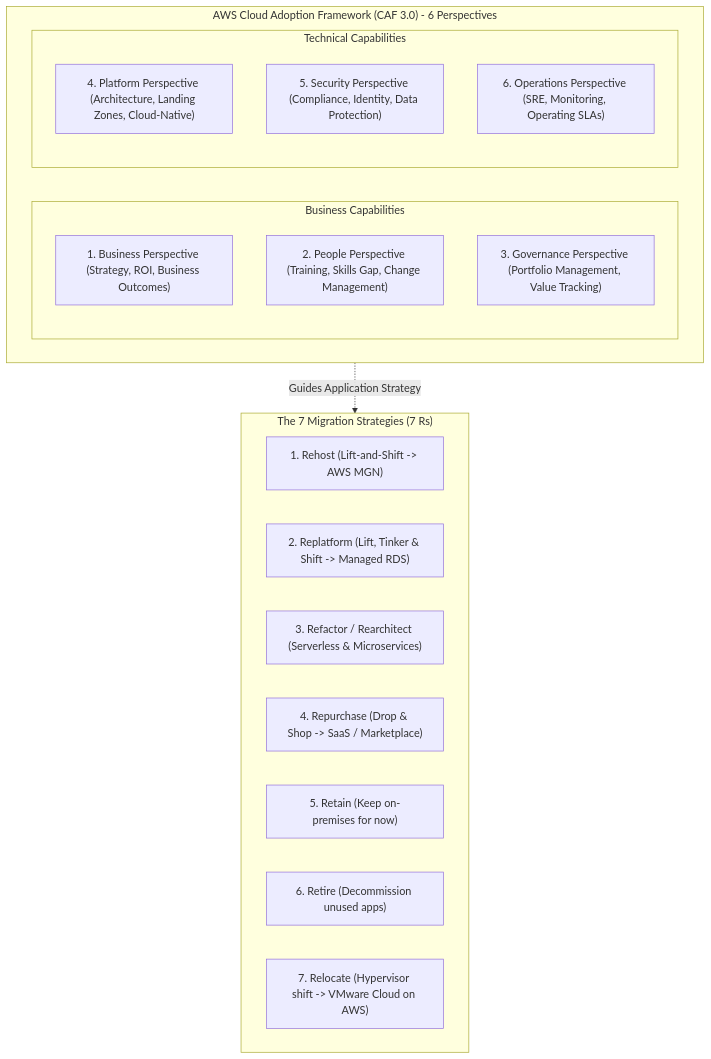
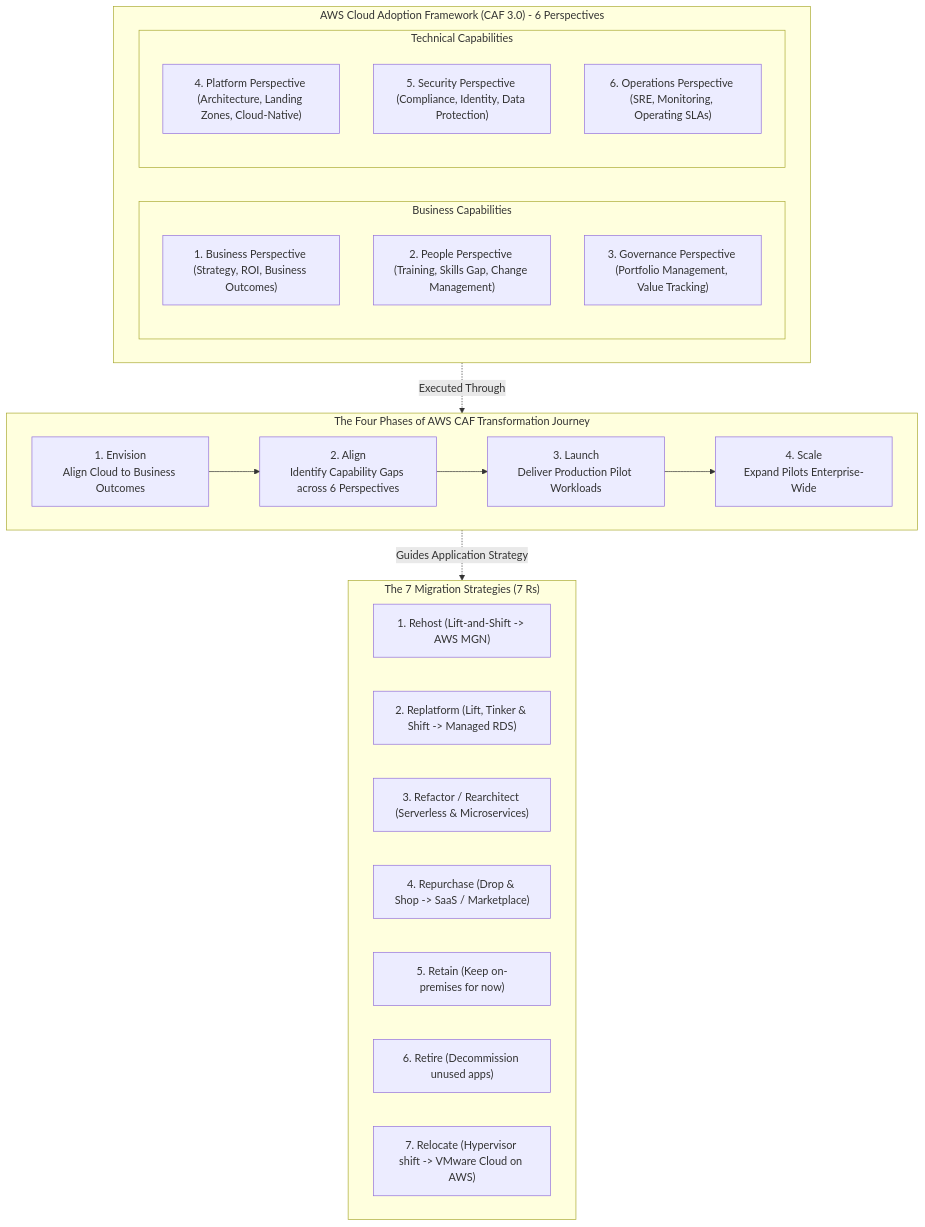
Before and after one commit to fakhruldeen/AWS: the diagram in Cloud/Practitioner/CLF-C02/05_Diagrams/Diagram_09_Cloud_Adoption_Framework_CAF.md, drawn with Mermaid. The commit also changed 2 other files, not shown here.

Commit message:
docs(clf-c02): add The Four Phases of AWS CAF (Envision, Align, Launch, Scale) to concepts cheatsheet, diagram, and Lecture 01

````diff
--- a/Cloud/Practitioner/CLF-C02/05_Diagrams/Diagram_09_Cloud_Adoption_Framework_CAF.md
+++ b/Cloud/Practitioner/CLF-C02/05_Diagrams/Diagram_09_Cloud_Adoption_Framework_CAF.md
@@ -7,28 +7,35 @@
 ```mermaid
 flowchart TD
     subgraph CAF ["AWS Cloud Adoption Framework (CAF 3.0) - 6 Perspectives"]
         subgraph BizFocus ["Business Capabilities"]
             P_Biz["1. Business Perspective (Strategy, ROI, Business Outcomes)"]
             P_People["2. People Perspective (Training, Skills Gap, Change Management)"]
             P_Gov["3. Governance Perspective (Portfolio Management, Value Tracking)"]
         end
 
         subgraph TechFocus ["Technical Capabilities"]
             P_Plat["4. Platform Perspective (Architecture, Landing Zones, Cloud-Native)"]
             P_Sec["5. Security Perspective (Compliance, Identity, Data Protection)"]
             P_Ops["6. Operations Perspective (SRE, Monitoring, Operating SLAs)"]
         end
     end
 
+    subgraph Phases ["The Four Phases of AWS CAF Transformation Journey"]
+        Ph1["1. Envision<br/>Align Cloud to Business Outcomes"] --> Ph2["2. Align<br/>Identify Capability Gaps across 6 Perspectives"]
+        Ph2 --> Ph3["3. Launch<br/>Deliver Production Pilot Workloads"]
+        Ph3 --> Ph4["4. Scale<br/>Expand Pilots Enterprise-Wide"]
+    end
+
     subgraph SevenRs ["The 7 Migration Strategies (7 Rs)"]
         R1["1. Rehost (Lift-and-Shift -> AWS MGN)"]
         R2["2. Replatform (Lift, Tinker & Shift -> Managed RDS)"]
         R3["3. Refactor / Rearchitect (Serverless & Microservices)"]
         R4["4. Repurchase (Drop & Shop -> SaaS / Marketplace)"]
         R5["5. Retain (Keep on-premises for now)"]
         R6["6. Retire (Decommission unused apps)"]
         R7["7. Relocate (Hypervisor shift -> VMware Cloud on AWS)"]
     end
 
-    CAF -.->|Guides Application Strategy| SevenRs
+    CAF -.->|Executed Through| Phases
+    Phases -.->|Guides Application Strategy| SevenRs
 ```
````
